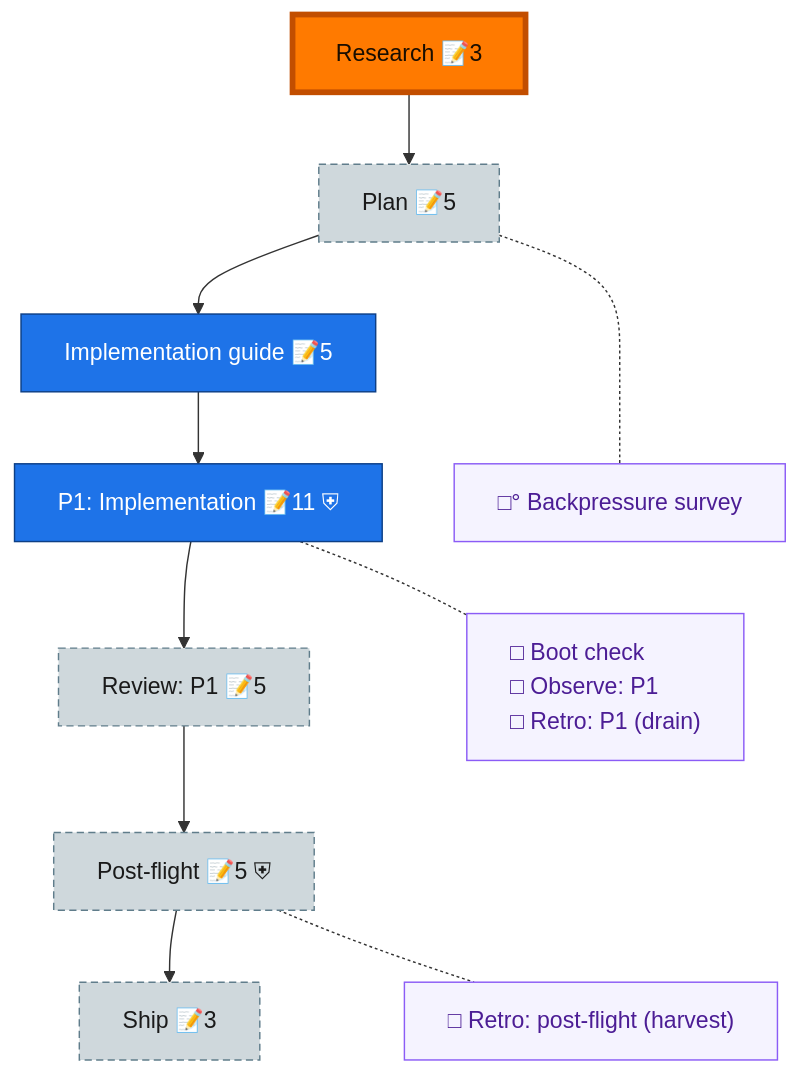
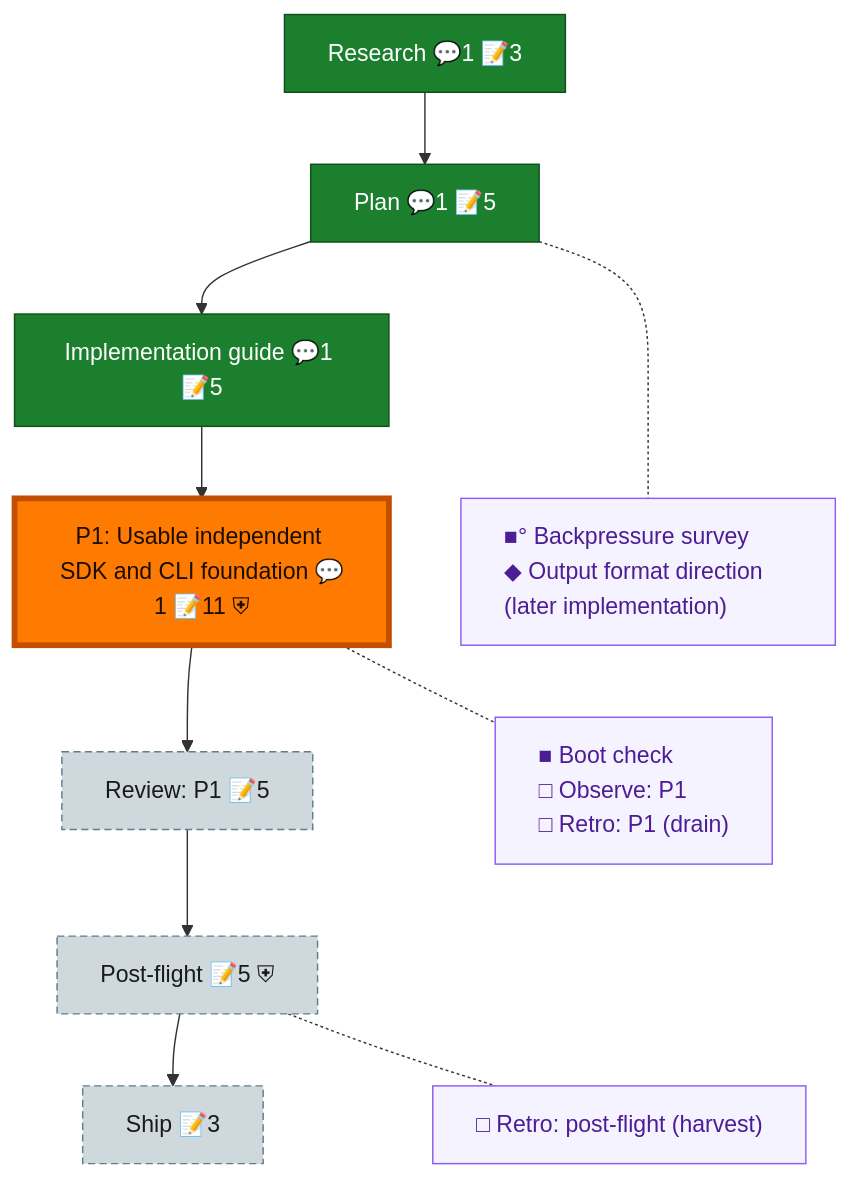
One commit to AI-Substrate/Unisphere changed the diagram in docs/plans/001-sdk-cli-foundation/the-flow.md. Above: the diagram before and after it, drawn with Mermaid. The commit also changed other lines of this file and 7 other files, not shown here.

First line of the commit message:
docs(plan001): record authorization and guide-bound implementation tasks

````diff
--- a/docs/plans/001-sdk-cli-foundation/the-flow.md
+++ b/docs/plans/001-sdk-cli-foundation/the-flow.md
@@ -8,31 +8,31 @@
 ```mermaid
 flowchart TD
-    research["Research 📝3"]:::wip
-    plan["Plan 📝5"]:::assumed
-    impl_guide["Implementation guide 📝5"]:::known
-    phase_1["P1: Implementation 📝11 ⛨"]:::known
+    research["Research 💬1 📝3"]:::done
+    plan["Plan 💬1 📝5"]:::done
+    impl_guide["Implementation guide 💬1 📝5"]:::done
+    phase_1["P1: Usable independent SDK and CLI foundation 💬1 📝11 ⛨"]:::wip
     review_1["Review: P1 📝5"]:::assumed
     post_flight["Post-flight 📝5 ⛨"]:::assumed
     ship["Ship 📝3"]:::assumed
 
     research --> plan --> impl_guide --> phase_1 --> review_1 --> post_flight --> ship
 
-    planC["□° Backpressure survey"]:::chore
-    phase_1C["□ Boot check<br/>□ Observe: P1<br/>□ Retro: P1 (drain)"]:::chore
+    planC["■° Backpressure survey<br/>◆ Output format direction (later implementation)"]:::chore
+    phase_1C["■ Boot check<br/>□ Observe: P1<br/>□ Retro: P1 (drain)"]:::chore
     post_flightC["□ Retro: post-flight (harvest)"]:::chore
 
     %% invisible chain holds the gutter boxes in their own column
     planC ~~~ phase_1C ~~~ post_flightC
 
     %% dotted links pull each gutter box beside its node
     plan -.- planC
     phase_1 -.- phase_1C
     post_flight -.- post_flightC
 
+    classDef done fill:#1B7F2E,stroke:#0F4F1B,color:#fff;
     classDef wip fill:#43C04A,stroke:#1B7F2E,color:#04210A;
-    classDef known fill:#1E73E8,stroke:#0D3F86,color:#fff;
     classDef assumed fill:#CFD8DC,stroke:#607D8B,color:#1a1a1a,stroke-dasharray:5 3;
     classDef chore fill:#f5f3ff,stroke:#8b5cf6,color:#4c1d95,text-align:left;
     classDef current fill:#FF7A00,stroke:#C24E00,color:#1a0e00,stroke-width:4px;
-    class research current;
+    class phase_1 current;
 ```
````
